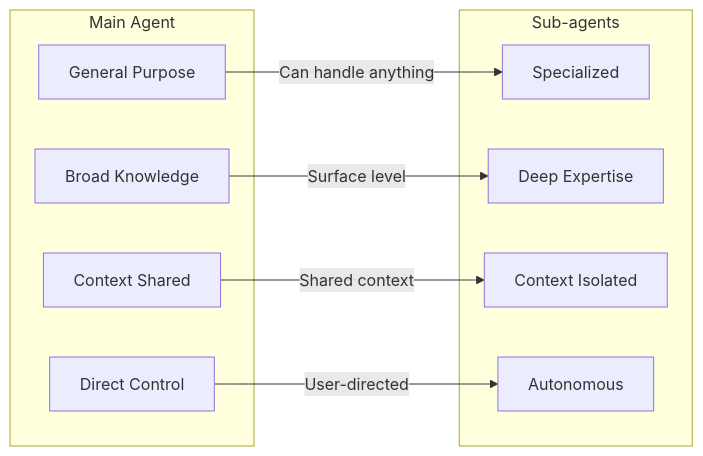
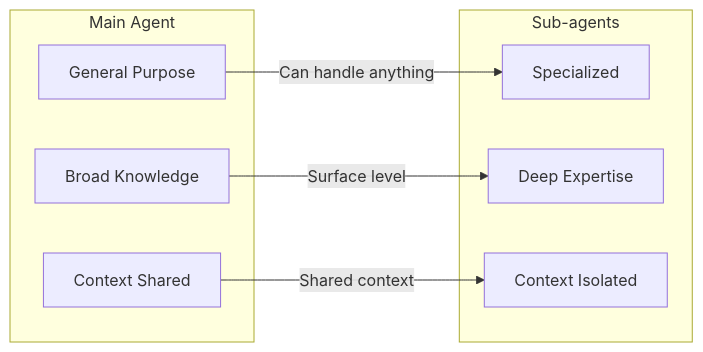
One commit to p-wegner/claude_code_training changed the second of 14 diagrams in modules/module5-sub-agents/README.md. Above: the diagram before and after it, drawn with Mermaid. The commit also changed other lines of this file and 3 other files, not shown here.

````diff
--- a/modules/module5-sub-agents/README.md
+++ b/modules/module5-sub-agents/README.md
@@ -38,21 +38,18 @@
 ```mermaid
 graph LR
     subgraph "Main Agent"
         A[General Purpose]
         B[Broad Knowledge]
         C[Context Shared]
-        D[Direct Control]
     end
     
     subgraph "Sub-agents"
         E[Specialized]
         F[Deep Expertise]
         G[Context Isolated]
-        H[Autonomous]
     end
     
     A -->|Can handle anything| E
     B -->|Surface level| F
     C -->|Shared context| G
-    D -->|User-directed| H
 ```
````
